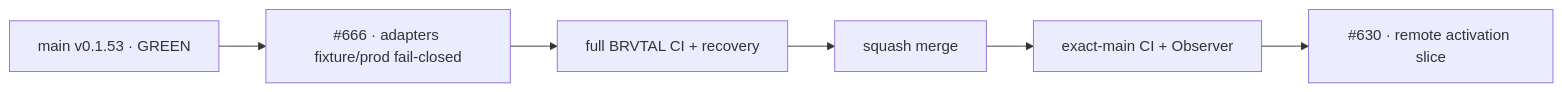
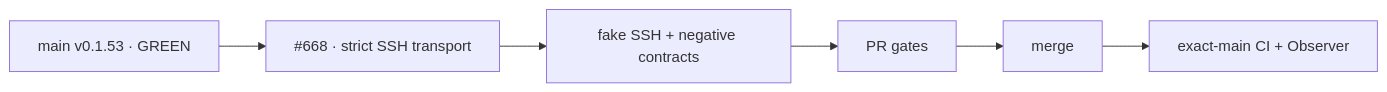
Before and after one commit to pl0n3r/brvtal: the diagram in README.md, drawn with Mermaid. The commit also changed other lines of this file and 10 other files, not shown here.

First line of the commit message:
feat(factory): Hostinger SSH transport and stable dispatcher (#669)

````diff
--- a/README.md
+++ b/README.md
@@ -52,8 +53,8 @@
 ```mermaid
 flowchart LR
-  B["main v0.1.53 · GREEN"] --> A["#666 · adapters fixture/prod fail-closed"]
-  A --> T["full BRVTAL CI + recovery"]
-  T --> M["squash merge"]
+  B["main v0.1.53 · GREEN"] --> T["#668 · strict SSH transport"]
+  T --> F["fake SSH + negative contracts"]
+  F --> P["PR gates"]
+  P --> M["merge"]
   M --> V["exact-main CI + Observer"]
-  V --> N["#630 · remote activation slice"]
 ```
````
